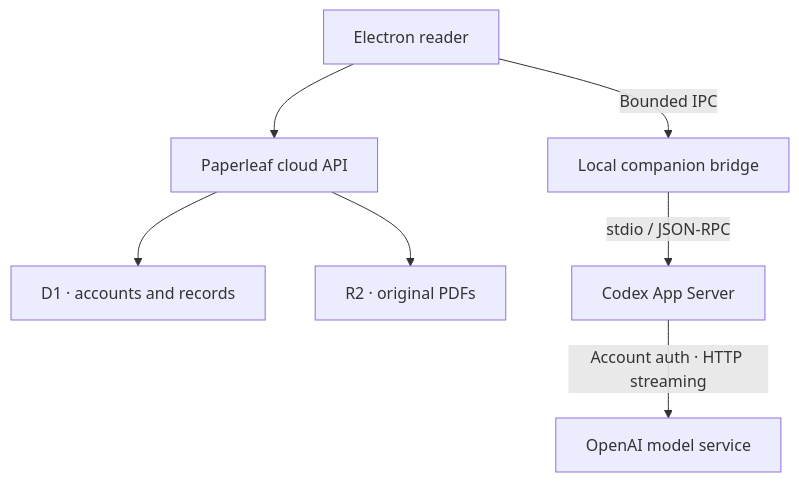
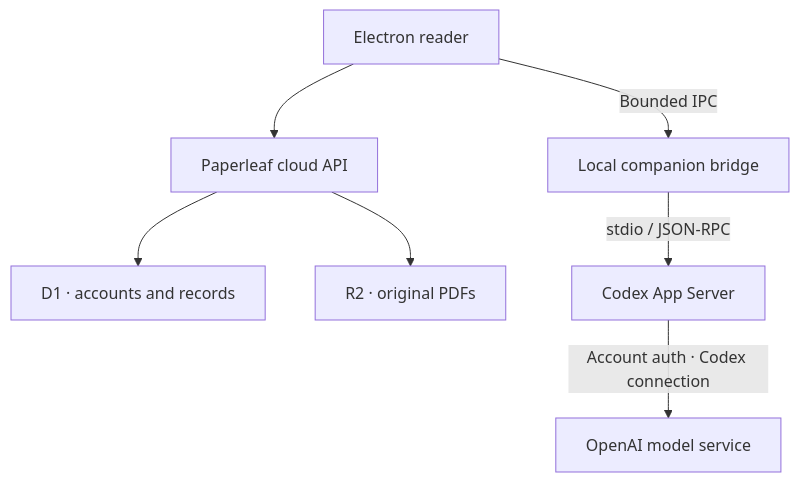
The diagram in README.en.md (XCZchaos/paperleaf-reader), drawn with Mermaid before and after one commit. The commit also changed other lines of this file and 9 other files, not shown here.

````diff
--- a/README.en.md
+++ b/README.en.md
@@ -177,9 +181,9 @@
 ```mermaid
 flowchart TB
   Desktop["Electron reader"] --> API["Paperleaf cloud API"]
   API --> D1["D1 · accounts and records"]
   API --> R2["R2 · original PDFs"]
   Desktop -->|"Bounded IPC"| Bridge["Local companion bridge"]
   Bridge -->|"stdio / JSON-RPC"| Codex["Codex App Server"]
-  Codex -->|"Account auth · HTTP streaming"| Model["OpenAI model service"]
+  Codex -->|"Account auth · Codex connection"| Model["OpenAI model service"]
 ```
````
